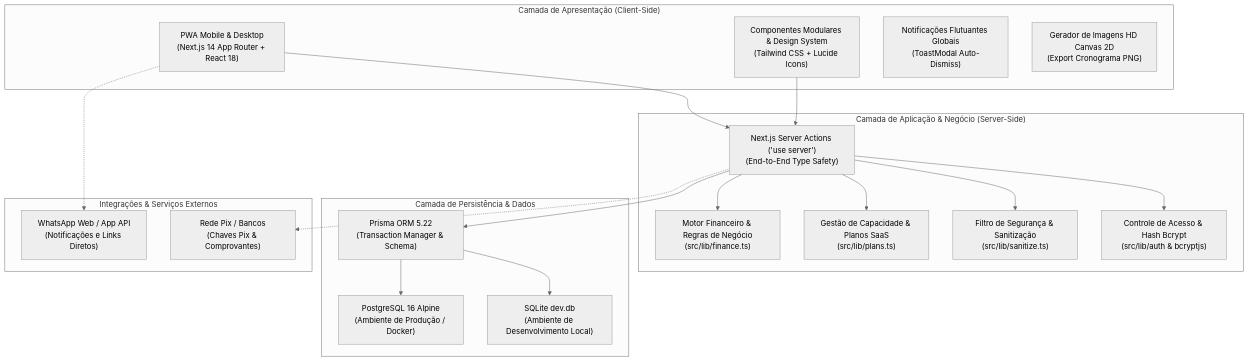
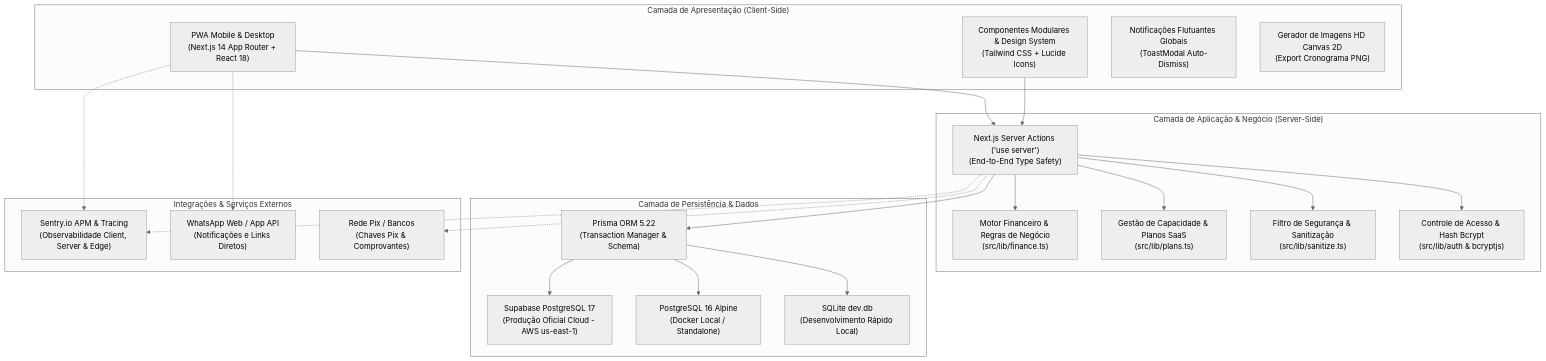
One commit to marcosbsdev/clube-da-cota changed the first of 8 diagrams in docs/arquitetura-do-sistema.md. Above: the diagram before and after it, drawn with Mermaid (neutral theme). The commit also changed other lines of this file and 4 other files, not shown here.

````diff
--- a/docs/arquitetura-do-sistema.md
+++ b/docs/arquitetura-do-sistema.md
@@ -11,40 +11,45 @@
 ```mermaid
 flowchart TD
     subgraph ClientLayer["Camada de Apresentação (Client-Side)"]
         PWA["PWA Mobile & Desktop\n(Next.js 14 App Router + React 18)"]
         UI_Components["Componentes Modulares & Design System\n(Tailwind CSS + Lucide Icons)"]
         ToastLayer["Notificações Flutuantes Globais\n(ToastModal Auto-Dismiss)"]
         CanvasEngine["Gerador de Imagens HD Canvas 2D\n(Export Cronograma PNG)"]
     end
 
     subgraph ServerLayer["Camada de Aplicação & Negócio (Server-Side)"]
         Actions["Next.js Server Actions ('use server')\n(End-to-End Type Safety)"]
         FinanceEngine["Motor Financeiro & Regras de Negócio\n(src/lib/finance.ts)"]
         PlansEngine["Gestão de Capacidade & Planos SaaS\n(src/lib/plans.ts)"]
         SanitizeEngine["Filtro de Segurança & Sanitização\n(src/lib/sanitize.ts)"]
         AuthRBAC["Controle de Acesso & Hash Bcrypt\n(src/lib/auth & bcryptjs)"]
     end
 
     subgraph DataLayer["Camada de Persistência & Dados"]
         PrismaORM["Prisma ORM 5.22\n(Transaction Manager & Schema)"]
-        DB_Postgres["PostgreSQL 16 Alpine\n(Ambiente de Produção / Docker)"]
-        DB_SQLite["SQLite dev.db\n(Ambiente de Desenvolvimento Local)"]
+        DB_Supabase["Supabase PostgreSQL 17\n(Produção Oficial Cloud - AWS us-east-1)"]
+        DB_Postgres["PostgreSQL 16 Alpine\n(Docker Local / Standalone)"]
+        DB_SQLite["SQLite dev.db\n(Desenvolvimento Rápido Local)"]
     end
 
     subgraph ExternalLayer["Integrações & Serviços Externos"]
+        Sentry["Sentry.io APM & Tracing\n(Observabilidade Client, Server & Edge)"]
         WhatsApp["WhatsApp Web / App API\n(Notificações e Links Diretos)"]
         PixNetwork["Rede Pix / Bancos\n(Chaves Pix & Comprovantes)"]
     end
 
     PWA --> Actions
     UI_Components --> Actions
     Actions --> FinanceEngine
     Actions --> PlansEngine
     Actions --> SanitizeEngine
     Actions --> AuthRBAC
     Actions --> PrismaORM
+    PrismaORM --> DB_Supabase
     PrismaORM --> DB_Postgres
     PrismaORM --> DB_SQLite
     PWA -.-> WhatsApp
     Actions -.-> PixNetwork
+    PWA -.-> Sentry
+    Actions -.-> Sentry
 ```
````
